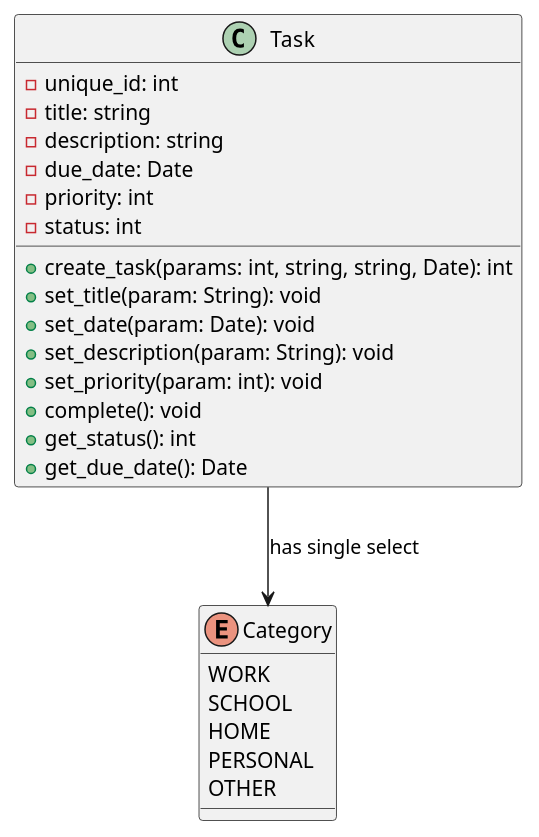
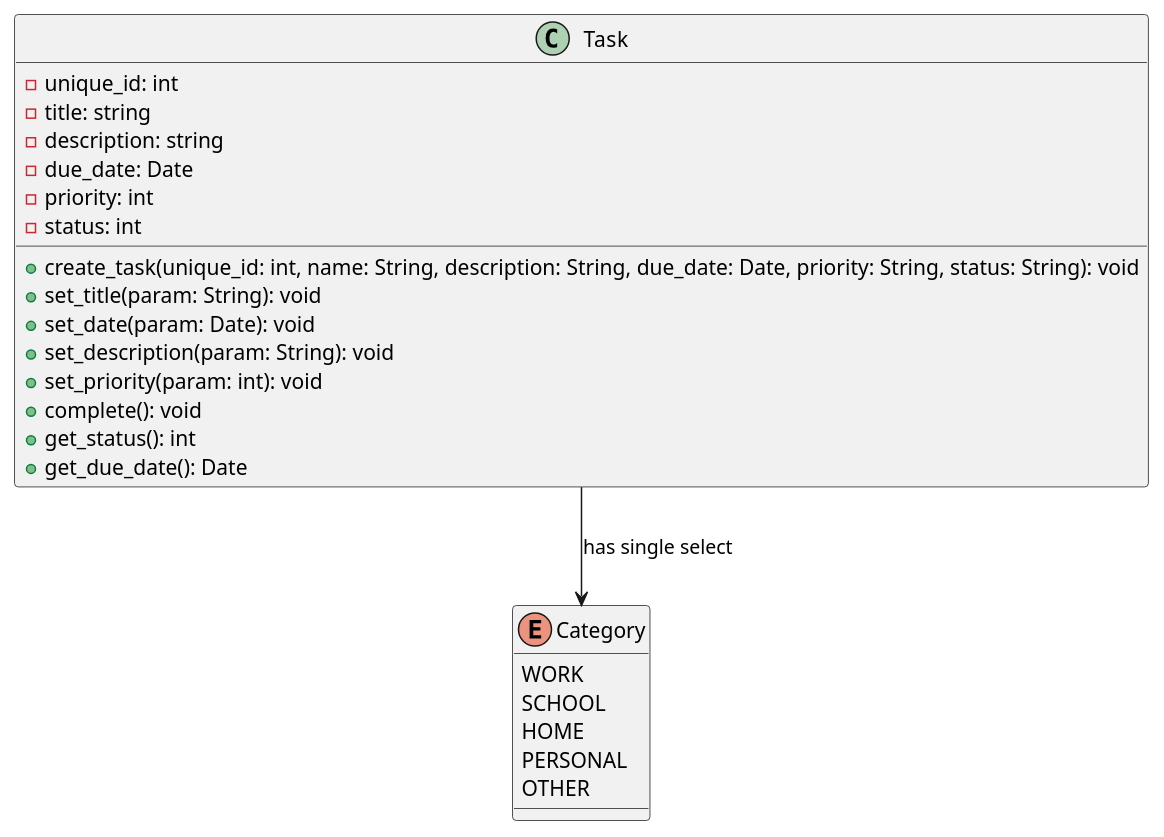
One commit to CS361-2024Fall-Term/Innovators changed the diagram in assignment6/task.puml. Above: the diagram before and after it, drawn with PlantUML. The commit also changed 1 other file, not shown here.

Commit message:
fix task method format inconsistency

```diff
--- a/assignment6/task.puml
+++ b/assignment6/task.puml
@@ -1,30 +1,30 @@
 @startuml
 
 class Task {
   -unique_id: int
   -title: string
   -description: string
   -due_date: Date
   -priority: int
   -status: int
-  +create_task(params: int, string, string, Date): int
+  +create_task(unique_id: int, name: String, description: String, due_date: Date, priority: String, status: String): void
   +set_title(param: String): void
   +set_date(param: Date): void
   +set_description(param: String): void
   +set_priority(param: int): void
   +complete(): void
   +get_status(): int
   +get_due_date(): Date
 }
 
 enum Category {
   WORK
   SCHOOL
   HOME
   PERSONAL
   OTHER
 }
 
 Task --> Category : "has single select"
 
 @enduml
```
